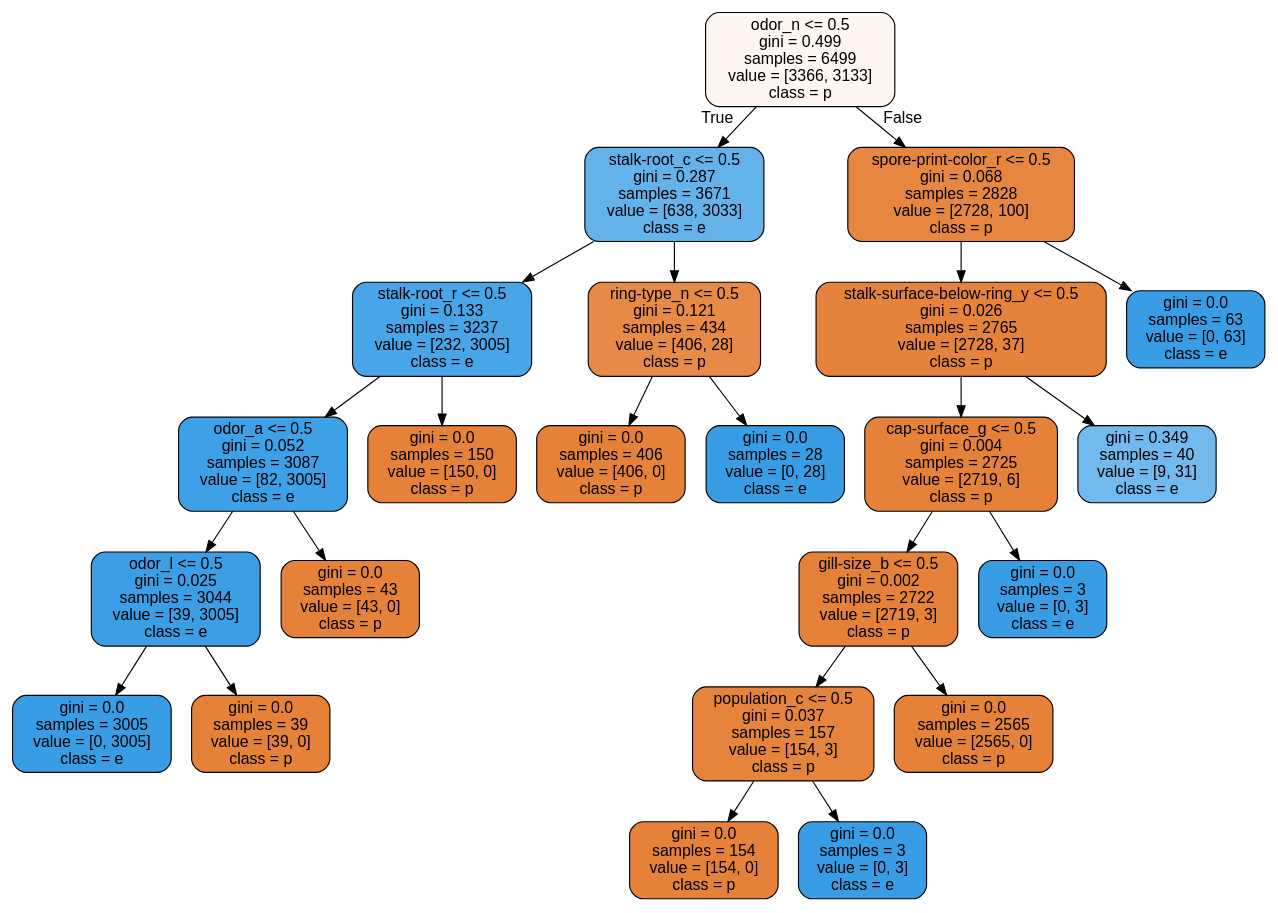
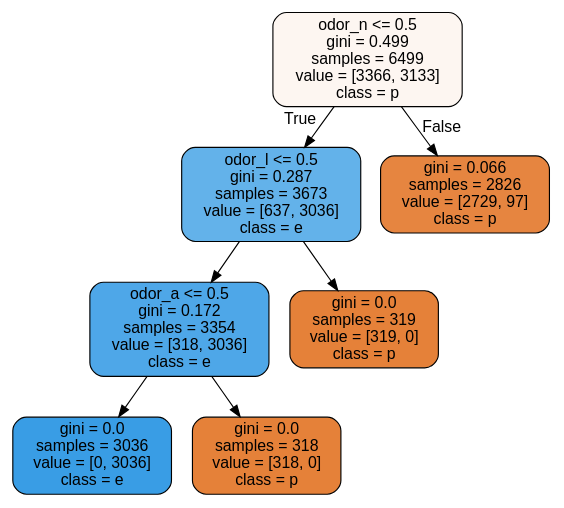
Before and after one commit to joo9810/VSCode: the diagram in K-Digital Training/김소현 강사님/Scikit-learn/숙제/tree.dot, drawn with Graphviz. The commit also changed 2 other files, not shown here.

```diff
--- a/K-Digital Training/김소현 강사님/Scikit-learn/숙제/tree.dot
+++ b/K-Digital Training/김소현 강사님/Scikit-learn/숙제/tree.dot
@@ -1,49 +1,17 @@
 digraph Tree {
 node [shape=box, style="filled, rounded", color="black", fontname="helvetica"] ;
 edge [fontname="helvetica"] ;
 0 [label="odor_n <= 0.5\ngini = 0.499\nsamples = 6499\nvalue = [3366, 3133]\nclass = p", fillcolor="#fdf6f1"] ;
-1 [label="stalk-root_c <= 0.5\ngini = 0.287\nsamples = 3671\nvalue = [638, 3033]\nclass = e", fillcolor="#63b2ea"] ;
+1 [label="odor_l <= 0.5\ngini = 0.287\nsamples = 3673\nvalue = [637, 3036]\nclass = e", fillcolor="#63b2ea"] ;
 0 -> 1 [labeldistance=2.5, labelangle=45, headlabel="True"] ;
-2 [label="stalk-root_r <= 0.5\ngini = 0.133\nsamples = 3237\nvalue = [232, 3005]\nclass = e", fillcolor="#48a5e7"] ;
+2 [label="odor_a <= 0.5\ngini = 0.172\nsamples = 3354\nvalue = [318, 3036]\nclass = e", fillcolor="#4ea7e8"] ;
 1 -> 2 ;
-3 [label="odor_a <= 0.5\ngini = 0.052\nsamples = 3087\nvalue = [82, 3005]\nclass = e", fillcolor="#3ea0e6"] ;
+3 [label="gini = 0.0\nsamples = 3036\nvalue = [0, 3036]\nclass = e", fillcolor="#399de5"] ;
 2 -> 3 ;
-4 [label="odor_l <= 0.5\ngini = 0.025\nsamples = 3044\nvalue = [39, 3005]\nclass = e", fillcolor="#3c9ee5"] ;
-3 -> 4 ;
-5 [label="gini = 0.0\nsamples = 3005\nvalue = [0, 3005]\nclass = e", fillcolor="#399de5"] ;
-4 -> 5 ;
-6 [label="gini = 0.0\nsamples = 39\nvalue = [39, 0]\nclass = p", fillcolor="#e58139"] ;
-4 -> 6 ;
-7 [label="gini = 0.0\nsamples = 43\nvalue = [43, 0]\nclass = p", fillcolor="#e58139"] ;
-3 -> 7 ;
-8 [label="gini = 0.0\nsamples = 150\nvalue = [150, 0]\nclass = p", fillcolor="#e58139"] ;
-2 -> 8 ;
-9 [label="ring-type_n <= 0.5\ngini = 0.121\nsamples = 434\nvalue = [406, 28]\nclass = p", fillcolor="#e78a47"] ;
-1 -> 9 ;
-10 [label="gini = 0.0\nsamples = 406\nvalue = [406, 0]\nclass = p", fillcolor="#e58139"] ;
-9 -> 10 ;
-11 [label="gini = 0.0\nsamples = 28\nvalue = [0, 28]\nclass = e", fillcolor="#399de5"] ;
-9 -> 11 ;
-12 [label="spore-print-color_r <= 0.5\ngini = 0.068\nsamples = 2828\nvalue = [2728, 100]\nclass = p", fillcolor="#e68640"] ;
-0 -> 12 [labeldistance=2.5, labelangle=-45, headlabel="False"] ;
-13 [label="stalk-surface-below-ring_y <= 0.5\ngini = 0.026\nsamples = 2765\nvalue = [2728, 37]\nclass = p", fillcolor="#e5833c"] ;
-12 -> 13 ;
-14 [label="cap-surface_g <= 0.5\ngini = 0.004\nsamples = 2725\nvalue = [2719, 6]\nclass = p", fillcolor="#e58139"] ;
-13 -> 14 ;
-15 [label="gill-size_b <= 0.5\ngini = 0.002\nsamples = 2722\nvalue = [2719, 3]\nclass = p", fillcolor="#e58139"] ;
-14 -> 15 ;
-16 [label="population_c <= 0.5\ngini = 0.037\nsamples = 157\nvalue = [154, 3]\nclass = p", fillcolor="#e6833d"] ;
-15 -> 16 ;
-17 [label="gini = 0.0\nsamples = 154\nvalue = [154, 0]\nclass = p", fillcolor="#e58139"] ;
-16 -> 17 ;
-18 [label="gini = 0.0\nsamples = 3\nvalue = [0, 3]\nclass = e", fillcolor="#399de5"] ;
-16 -> 18 ;
-19 [label="gini = 0.0\nsamples = 2565\nvalue = [2565, 0]\nclass = p", fillcolor="#e58139"] ;
-15 -> 19 ;
-20 [label="gini = 0.0\nsamples = 3\nvalue = [0, 3]\nclass = e", fillcolor="#399de5"] ;
-14 -> 20 ;
-21 [label="gini = 0.349\nsamples = 40\nvalue = [9, 31]\nclass = e", fillcolor="#72b9ed"] ;
-13 -> 21 ;
-22 [label="gini = 0.0\nsamples = 63\nvalue = [0, 63]\nclass = e", fillcolor="#399de5"] ;
-12 -> 22 ;
+4 [label="gini = 0.0\nsamples = 318\nvalue = [318, 0]\nclass = p", fillcolor="#e58139"] ;
+2 -> 4 ;
+5 [label="gini = 0.0\nsamples = 319\nvalue = [319, 0]\nclass = p", fillcolor="#e58139"] ;
+1 -> 5 ;
+6 [label="gini = 0.066\nsamples = 2826\nvalue = [2729, 97]\nclass = p", fillcolor="#e68540"] ;
+0 -> 6 [labeldistance=2.5, labelangle=-45, headlabel="False"] ;
 }
```
